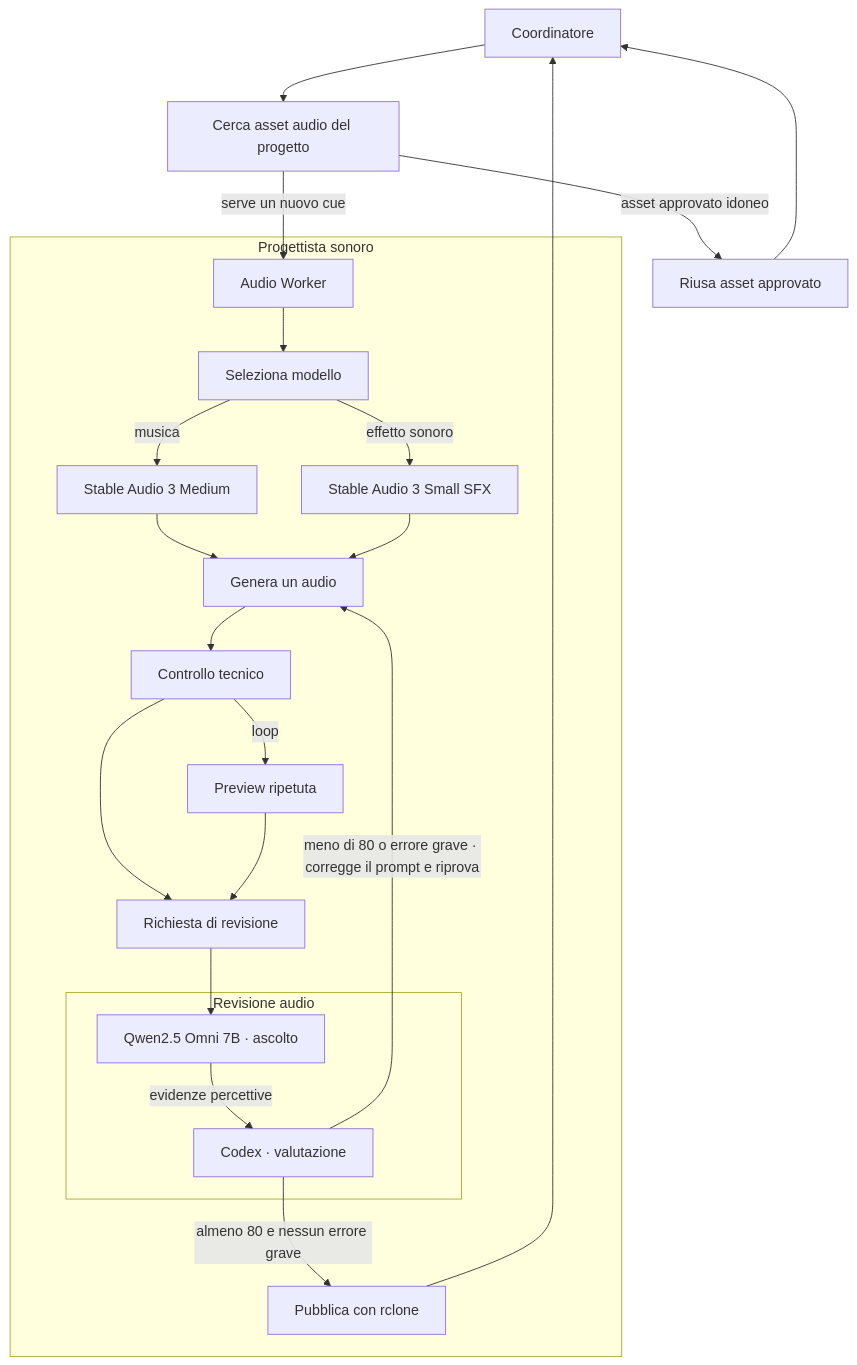
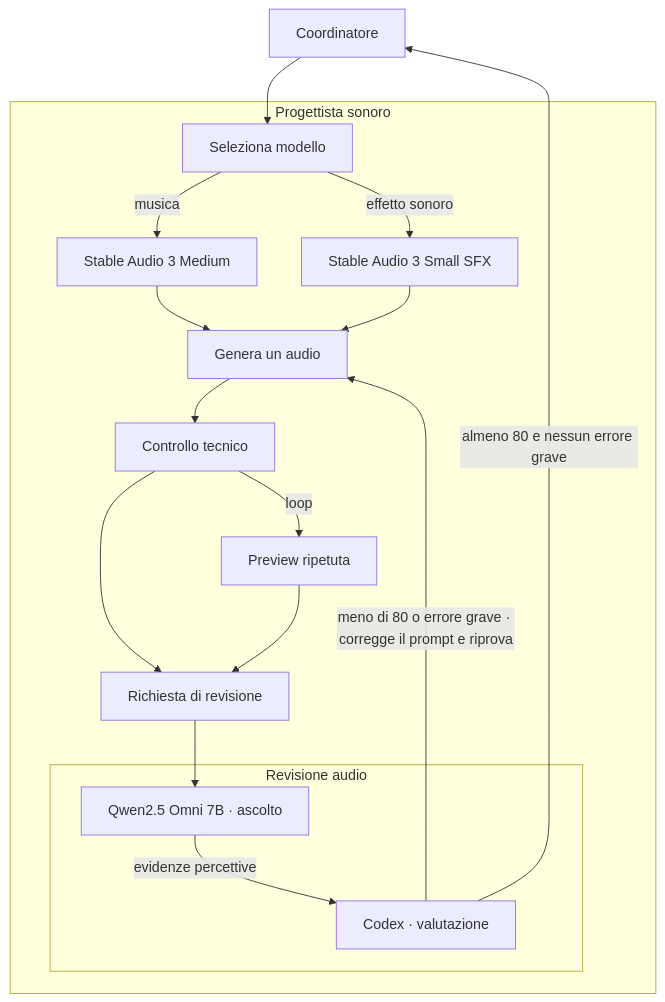
Before and after one commit to DRincs-Productions/LM-Studio: the fifth of 9 diagrams in README.md, drawn with Mermaid. The commit also changed other lines of this file, not shown here.

Commit message:
docs: simplify sound designer flow and delegate asset publishing to coordinator

````diff
--- a/README.md
+++ b/README.md
@@ -167,39 +167,30 @@
 ```mermaid
 flowchart TD
     C[Coordinatore]
-    FIND[Cerca asset audio del progetto]
-    REUSE[Riusa asset approvato]
     subgraph SONORO[Progettista sonoro]
-        AW[Audio Worker]
         M[Seleziona modello]
         MM[Stable Audio 3 Medium]
         MS[Stable Audio 3 Small SFX]
         G[Genera un audio]
         T[Controllo tecnico]
         P[Preview ripetuta]
         ASK[Richiesta di revisione]
-        O[Pubblica con rclone]
-        AW --> M
         M -->|musica| MM
         M -->|effetto sonoro| MS
         MM --> G
         MS --> G
         G --> T
         T -->|loop| P
         subgraph REVIEW[Revisione audio]
             LM[Qwen2.5 Omni 7B · ascolto]
             R[Codex · valutazione]
             LM -->|evidenze percettive| R
         end
         T --> ASK
         P --> ASK
         ASK --> LM
         R -->|meno di 80 o errore grave · corregge il prompt e riprova| G
-        R -->|almeno 80 e nessun errore grave| O
     end
-    C --> FIND
-    FIND -->|asset approvato idoneo| REUSE
-    REUSE --> C
-    FIND -->|serve un nuovo cue| AW
-    O --> C
+    C --> M
+    R -->|almeno 80 e nessun errore grave| C
 ```
````
